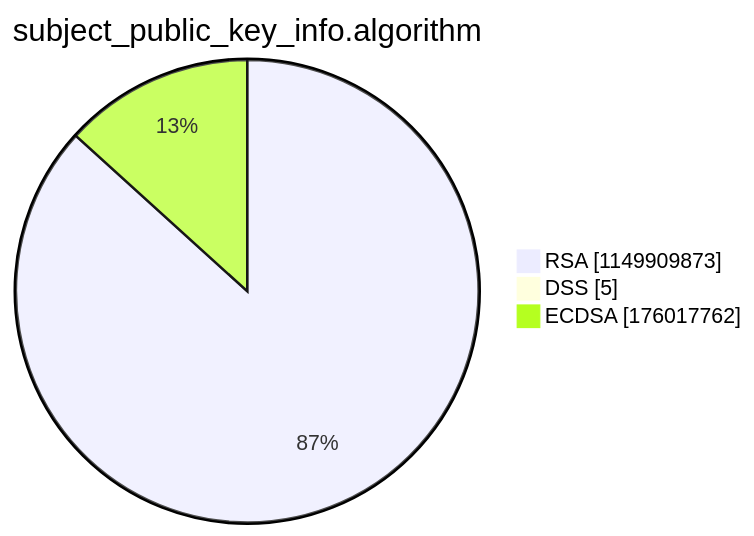
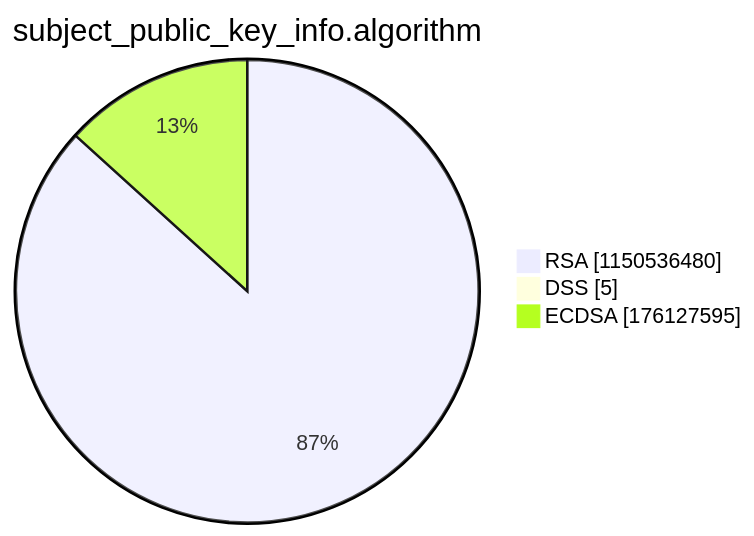
The third of 15 diagrams in argon2022/README.md (christiankrug/ctmonitor_visualization), drawn with Mermaid before and after one commit. The commit also changed other lines of this file, not shown here.

````diff
--- a/argon2022/README.md
+++ b/argon2022/README.md
@@ -14,7 +14,7 @@
 ```mermaid
 pie showData
 title subject_public_key_info.algorithm
-"RSA" :1149909873
+"RSA" :1150536480
 "DSS" :5
-"ECDSA" :176017762
+"ECDSA" :176127595
 ```
````
